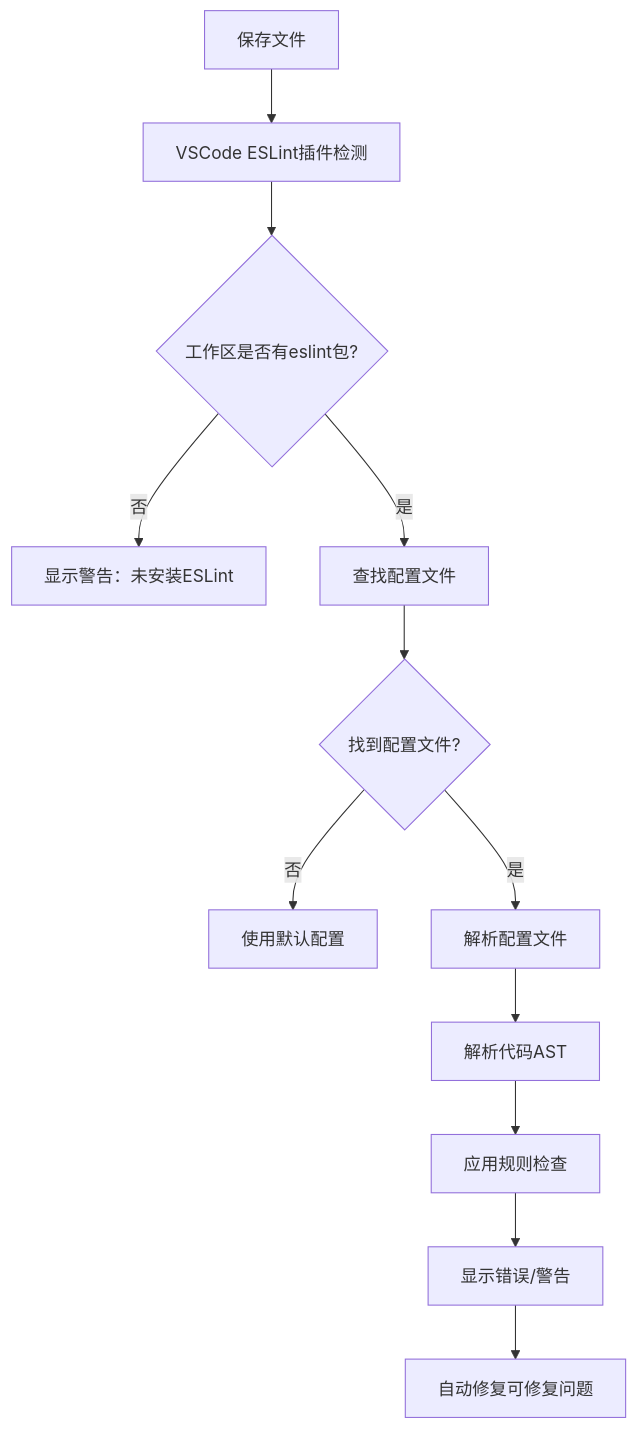
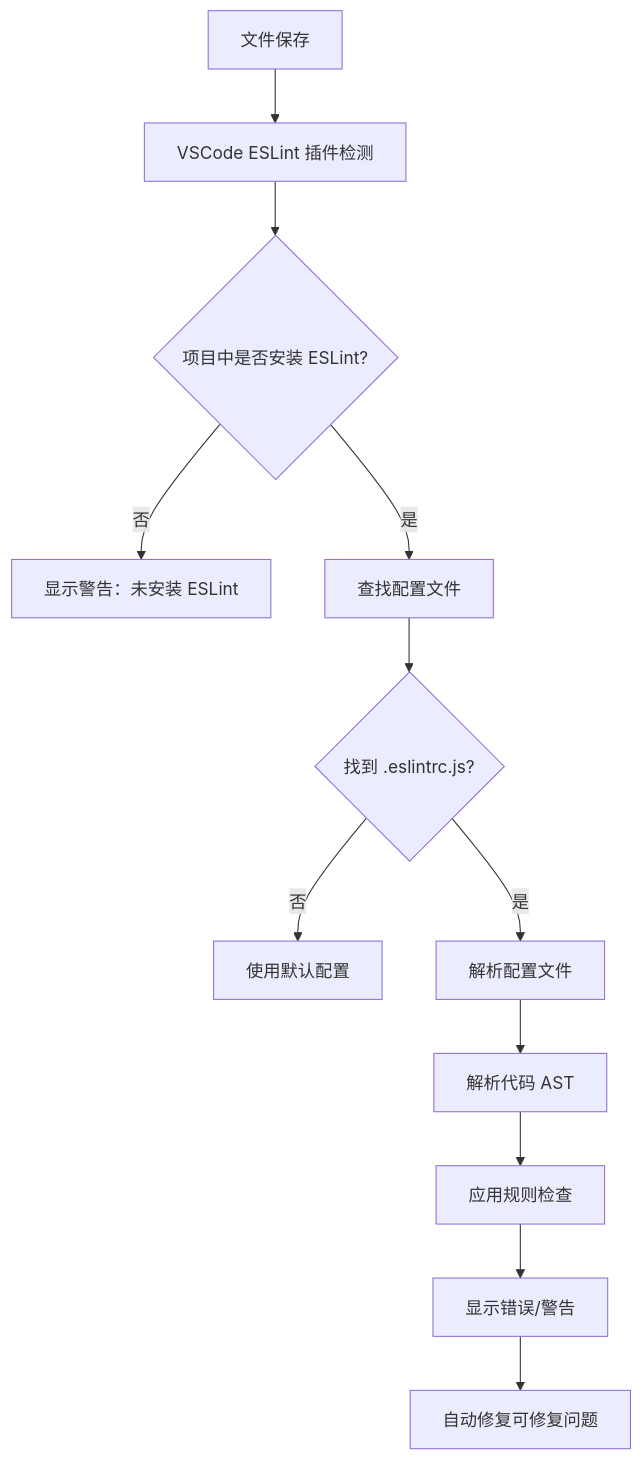
Before and after one commit to LynnCen/translink-i18n: the first of 2 diagrams in ESLint_Prettier_配置指南.md, drawn with Mermaid. The commit also changed other lines of this file, not shown here.

First line of the commit message:
Update ESLint and Prettier configuration documentation for Monorepo projects

````diff
--- a/ESLint_Prettier_配置指南.md
+++ b/ESLint_Prettier_配置指南.md
@@ -36,14 +43,14 @@
 ```mermaid
 graph TD
-    A[保存文件] --> B[VSCode ESLint插件检测]
-    B --> C{工作区是否有eslint包?}
-    C -->|否| D[显示警告：未安装ESLint]
+    A[文件保存] --> B[VSCode ESLint 插件检测]
+    B --> C{项目中是否安装 ESLint?}
+    C -->|否| D[显示警告：未安装 ESLint]
     C -->|是| E[查找配置文件]
-    E --> F{找到配置文件?}
+    E --> F{找到 .eslintrc.js?}
     F -->|否| G[使用默认配置]
     F -->|是| H[解析配置文件]
-    H --> I[解析代码AST]
+    H --> I[解析代码 AST]
     I --> J[应用规则检查]
     J --> K[显示错误/警告]
     K --> L[自动修复可修复问题]
 ```
````
